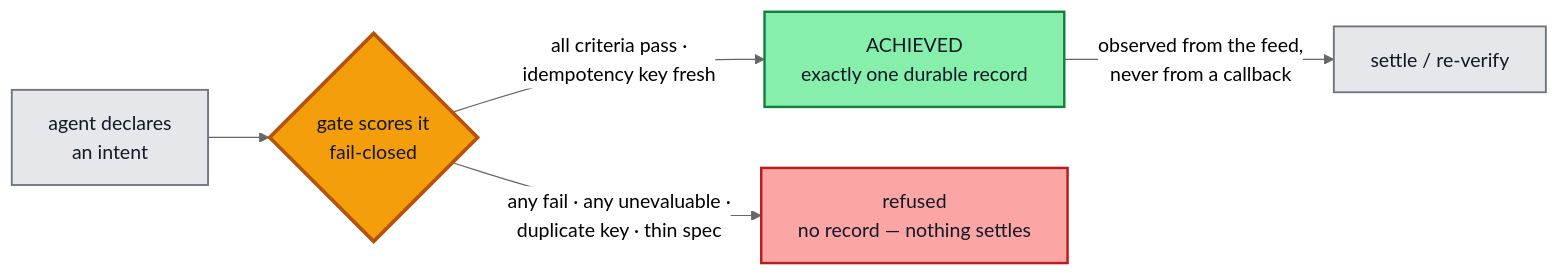
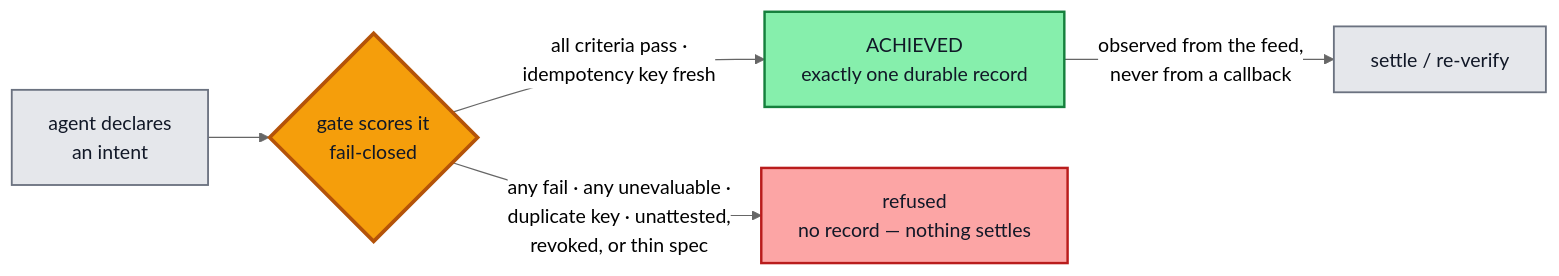
One commit to hossainpazooki/intent-plane changed the first of 4 diagrams in README.md. Above: the diagram before and after it, drawn with Mermaid (neutral theme). The commit also changed other lines of this file and 47 other files, not shown here.

````diff
--- a/README.md
+++ b/README.md
@@ -11,16 +11,16 @@
 ```mermaid
 flowchart LR
     A["agent declares<br/>an intent"] --> G{"gate scores it<br/>fail-closed"}
     G -->|"all criteria pass ·<br/>idempotency key fresh"| ACH["ACHIEVED<br/>exactly one durable record"]
-    G -->|"any fail · any unevaluable ·<br/>duplicate key · thin spec"| REF["refused<br/>no record — nothing settles"]
+    G -->|"any fail · any unevaluable ·<br/>duplicate key · unattested,<br/>revoked, or thin spec"| REF["refused<br/>no record — nothing settles"]
     ACH -->|"observed from the feed,<br/>never from a callback"| S["settle / re-verify"]
 
     classDef neutral fill:#e5e7eb,stroke:#6b7280,stroke-width:1.5px,color:#111827;
     classDef idem fill:#f59e0b,stroke:#b45309,stroke-width:3px,color:#111827;
     classDef good fill:#86efac,stroke:#15803d,stroke-width:2px,color:#111827;
     classDef bad fill:#fca5a5,stroke:#b91c1c,stroke-width:2px,color:#111827;
     class A,S neutral;
     class G idem;
     class ACH good;
     class REF bad;
 ```
````
